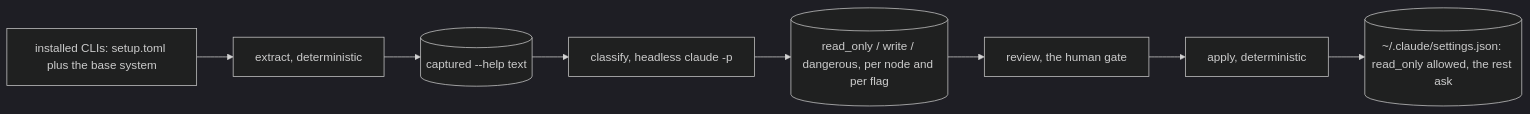
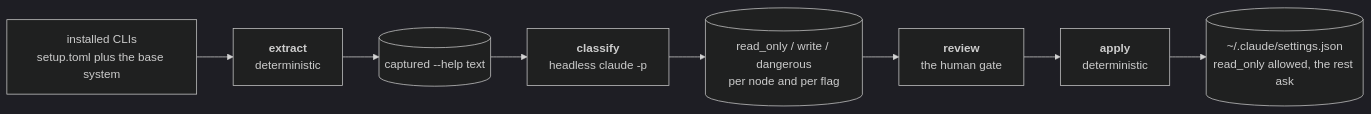
Before and after one commit to TheodoreAD/power-user-linux-setup: the diagram in docs/cli-allowlist.md, drawn with Mermaid (dark theme). The commit also changed 1 other file, not shown here.

Commit message:
docs: put the line breaks back in the diagram labels
The previous commit stripped br, b and small out of every label on the belief
that mermaid's strict security level escapes HTML in node text. That was wrong,
and the repo already disproved it: python.md has carried a published diagram
using br in node and edge labels since August.

The bundle says why. sanitizeMore sends strict, antiscript and sandbox through
DOMPurify, which keeps br, b and small; only a level outside that set and not
loose reaches the escaping path, and even that one round-trips line breaks
through a placeholder whose whole purpose is surviving sanitisation.

Labels are two-line again, matching python.md's style: the name of the thing on
one line, what it means underneath.

````diff
--- a/docs/cli-allowlist.md
+++ b/docs/cli-allowlist.md
@@ -15,10 +15,10 @@
 ```mermaid
 flowchart LR
-    tools["installed CLIs: setup.toml plus the base system"] --> extract
-    extract["extract, deterministic"] --> help[("captured --help text")]
-    help --> classify["classify, headless claude -p"]
-    classify --> rules[("read_only / write / dangerous, per node and per flag")]
-    rules --> review["review, the human gate"]
-    review --> apply["apply, deterministic"]
-    apply --> settings[("~/.claude/settings.json: read_only allowed, the rest ask")]
+    tools["installed CLIs<br/>setup.toml plus the base system"] --> extract
+    extract["<b>extract</b><br/>deterministic"] --> help[("captured --help text")]
+    help --> classify["<b>classify</b><br/>headless claude -p"]
+    classify --> rules[("read_only / write / dangerous<br/>per node and per flag")]
+    rules --> review["<b>review</b><br/>the human gate"]
+    review --> apply["<b>apply</b><br/>deterministic"]
+    apply --> settings[("~/.claude/settings.json<br/>read_only allowed, the rest ask")]
 ```
````
